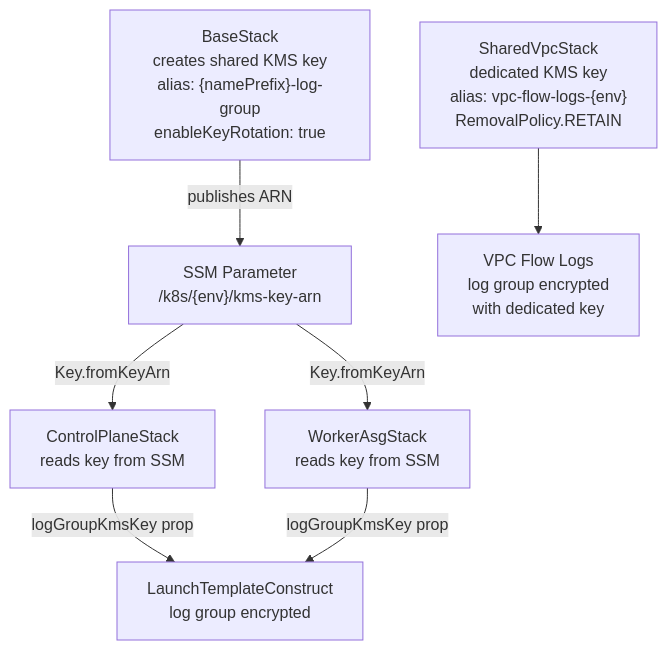
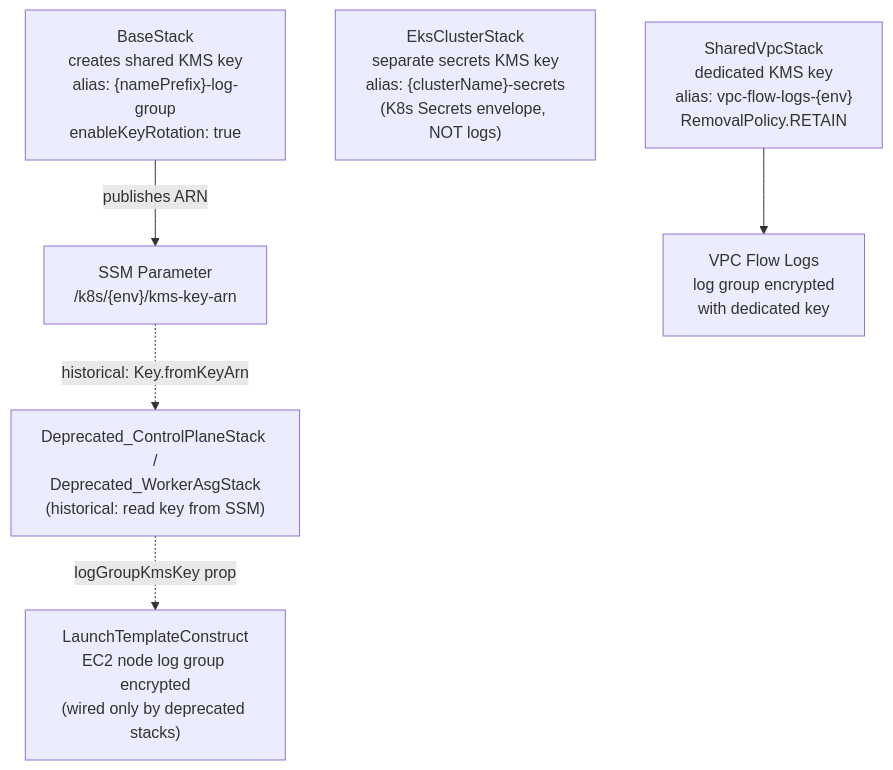
The diagram in docs/concepts/cloudwatch-logs-strategy.md (Nelson-Lamounier/tucaken-infra), drawn with Mermaid before and after one commit. The commit also changed other lines of this file and 5 other files, not shown here.

First line of the commit message:
docs(kb): add EKS log-cost and pod-identity docs

````diff
--- a/docs/concepts/cloudwatch-logs-strategy.md
+++ b/docs/concepts/cloudwatch-logs-strategy.md
@@ -54,17 +95,15 @@
 ```mermaid
 flowchart TD
     Base["BaseStack\ncreates shared KMS key\nalias: {namePrefix}-log-group\nenableKeyRotation: true"]
     SSM["SSM Parameter\n/k8s/{env}/kms-key-arn"]
-    CP["ControlPlaneStack\nreads key from SSM"]
-    WK["WorkerAsgStack\nreads key from SSM"]
-    LT["LaunchTemplateConstruct\nlog group encrypted"]
+    Dep["Deprecated_ControlPlaneStack /\nDeprecated_WorkerAsgStack\n(historical: read key from SSM)"]
+    LT["LaunchTemplateConstruct\nEC2 node log group encrypted\n(wired only by deprecated stacks)"]
+    Eks["EksClusterStack\nseparate secrets KMS key\nalias: {clusterName}-secrets\n(K8s Secrets envelope, NOT logs)"]
     VPC["SharedVpcStack\ndedicated KMS key\nalias: vpc-flow-logs-{env}\nRemovalPolicy.RETAIN"]
     FLG["VPC Flow Logs\nlog group encrypted\nwith dedicated key"]
 
     Base -->|publishes ARN| SSM
-    SSM -->|Key.fromKeyArn| CP
-    SSM -->|Key.fromKeyArn| WK
-    CP -->|logGroupKmsKey prop| LT
-    WK -->|logGroupKmsKey prop| LT
+    SSM -.->|historical: Key.fromKeyArn| Dep
+    Dep -.->|logGroupKmsKey prop| LT
     VPC --> FLG
 ```
````
